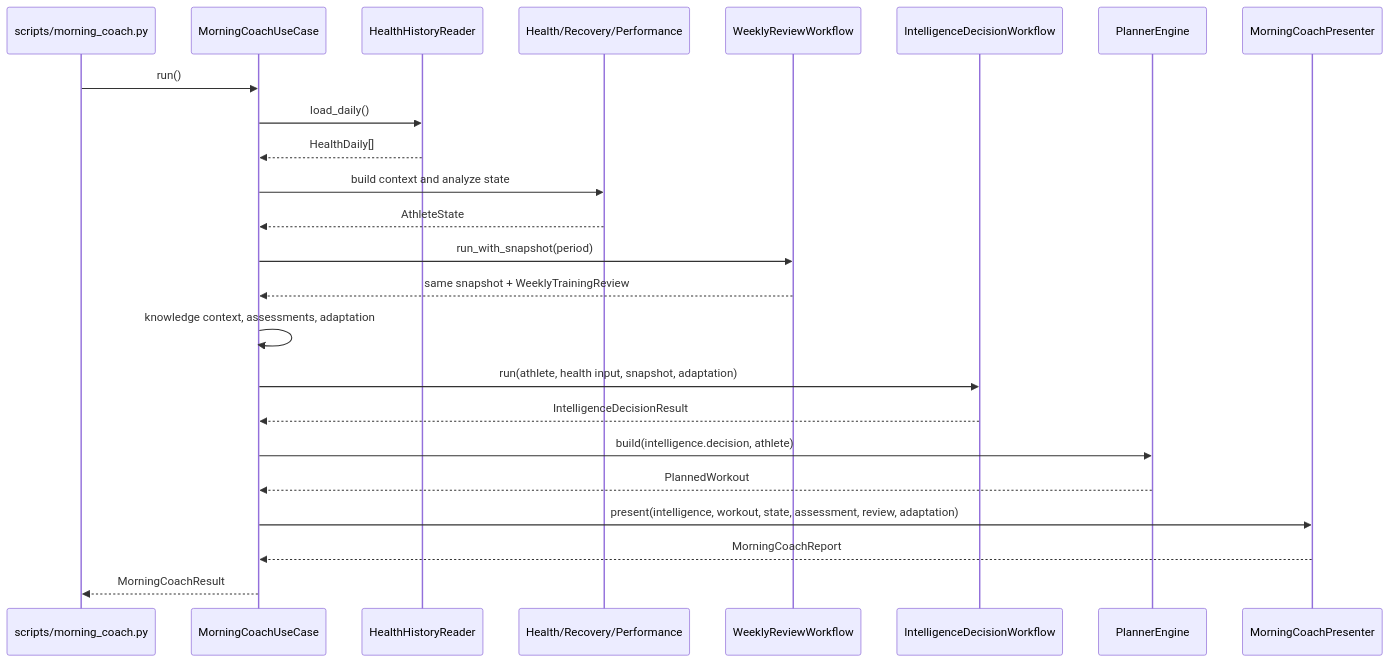
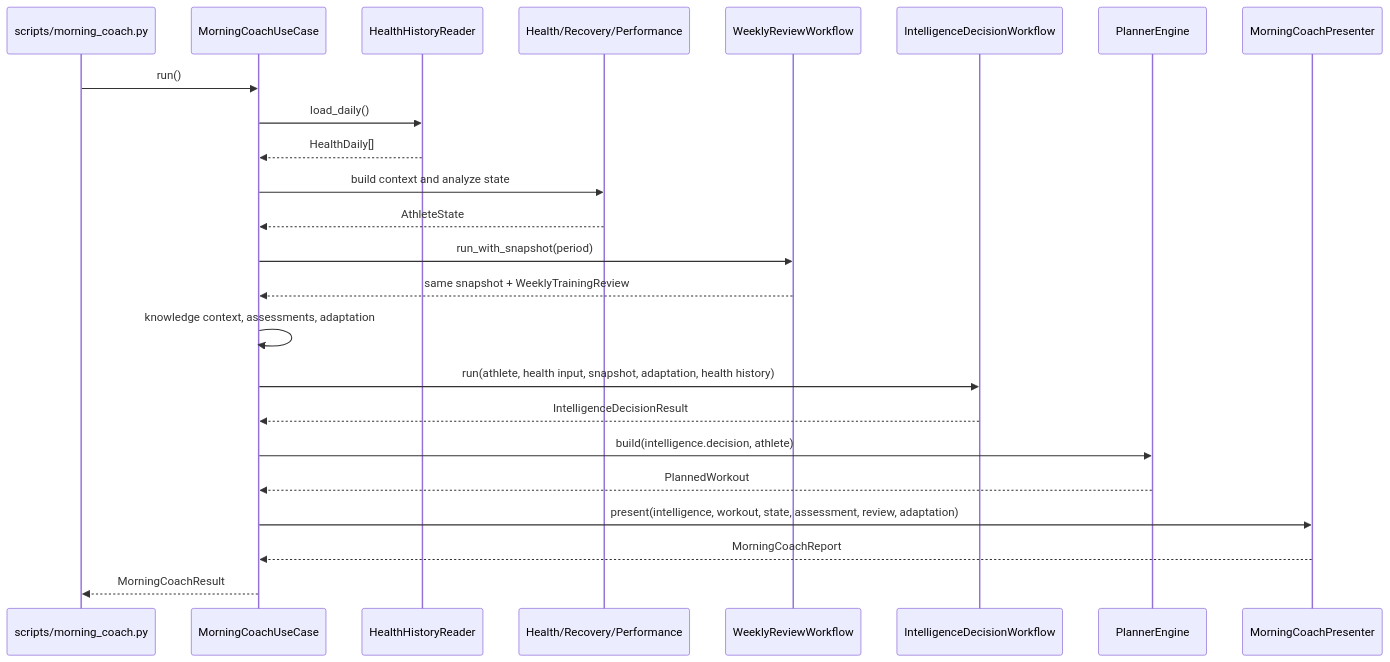
One commit to tdg4dftypb-coder/athlete-platform changed the fifth of 12 diagrams in docs/engineering/02-architecture.md. Above: the diagram before and after it, drawn with Mermaid. The commit also changed other lines of this file and 12 other files, not shown here.

````diff
--- a/docs/engineering/02-architecture.md
+++ b/docs/engineering/02-architecture.md
@@ -365,27 +375,27 @@
 ```mermaid
 sequenceDiagram
     participant CLI as scripts/morning_coach.py
     participant MC as MorningCoachUseCase
     participant HR as HealthHistoryReader
     participant HS as Health/Recovery/Performance
     participant WR as WeeklyReviewWorkflow
     participant IW as IntelligenceDecisionWorkflow
     participant PL as PlannerEngine
     participant PR as MorningCoachPresenter
 
     CLI->>MC: run()
     MC->>HR: load_daily()
     HR-->>MC: HealthDaily[]
     MC->>HS: build context and analyze state
     HS-->>MC: AthleteState
     MC->>WR: run_with_snapshot(period)
     WR-->>MC: same snapshot + WeeklyTrainingReview
     MC->>MC: knowledge context, assessments, adaptation
-    MC->>IW: run(athlete, health input, snapshot, adaptation)
+    MC->>IW: run(athlete, health input, snapshot, adaptation, health history)
     IW-->>MC: IntelligenceDecisionResult
     MC->>PL: build(intelligence.decision, athlete)
     PL-->>MC: PlannedWorkout
     MC->>PR: present(intelligence, workout, state, assessment, review, adaptation)
     PR-->>MC: MorningCoachReport
     MC-->>CLI: MorningCoachResult
 ```
````
